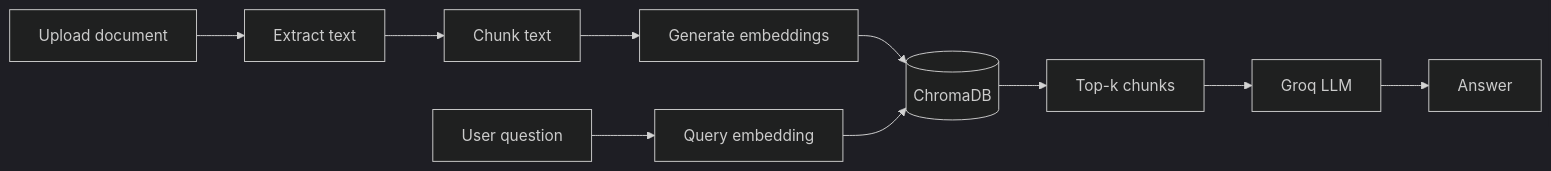
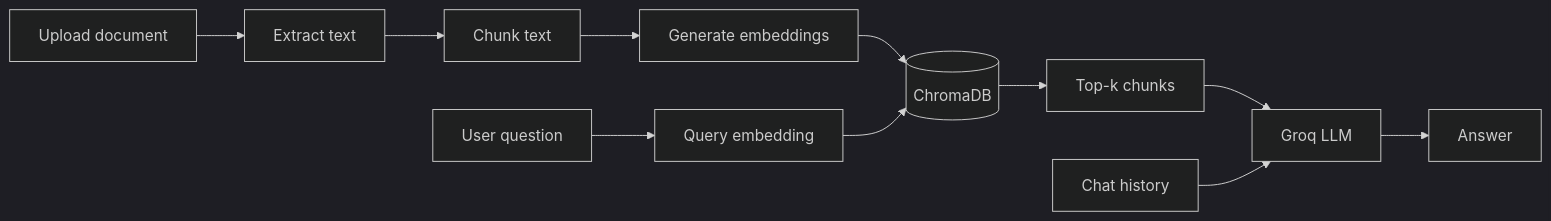
One commit to maida11/Rag_Chatbot changed the diagram in README.md. Above: the diagram before and after it, drawn with Mermaid (dark theme). The commit also changed other lines of this file and 5 other files, not shown here.

````diff
--- a/README.md
+++ b/README.md
@@ -14,12 +15,13 @@
 ```mermaid
 flowchart LR
   A[Upload document] --> B[Extract text]
   B --> C[Chunk text]
   C --> D[Generate embeddings]
   D --> E[(ChromaDB)]
   F[User question] --> G[Query embedding]
   G --> E
   E --> H[Top-k chunks]
   H --> I[Groq LLM]
+  K[Chat history] --> I
   I --> J[Answer]
 ```
````
